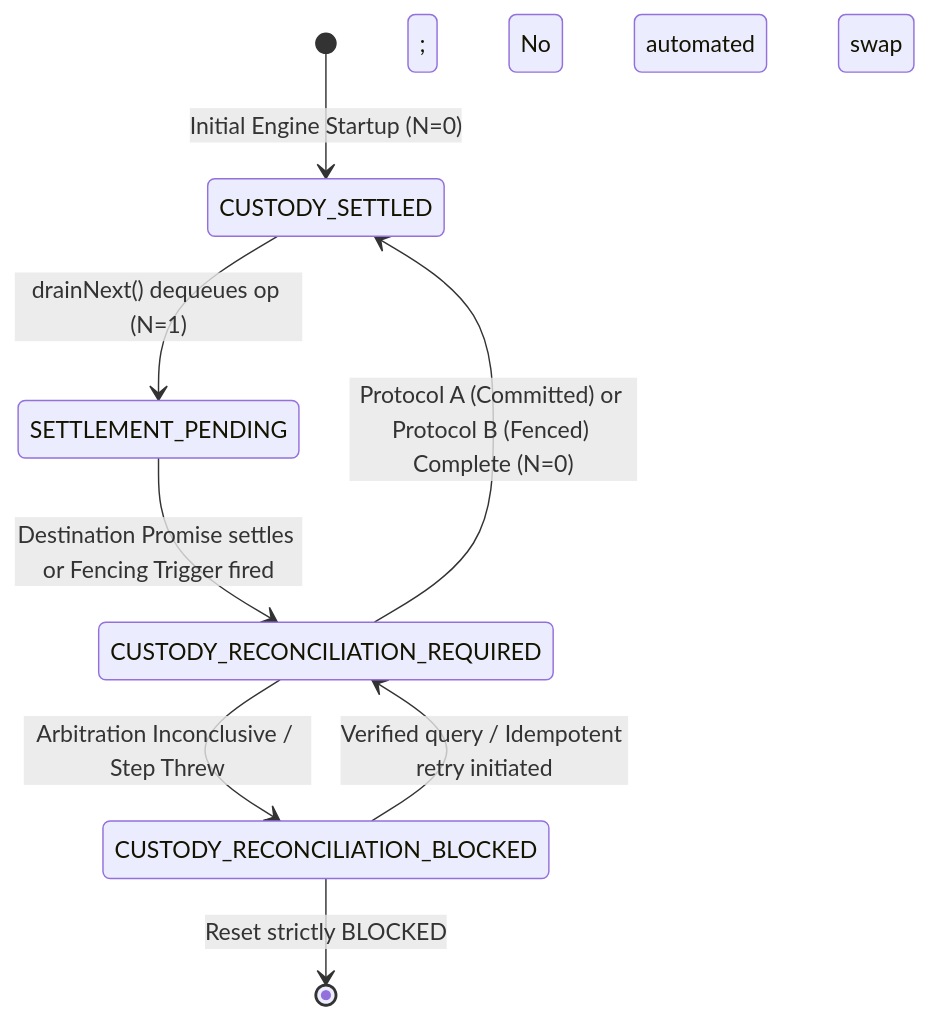
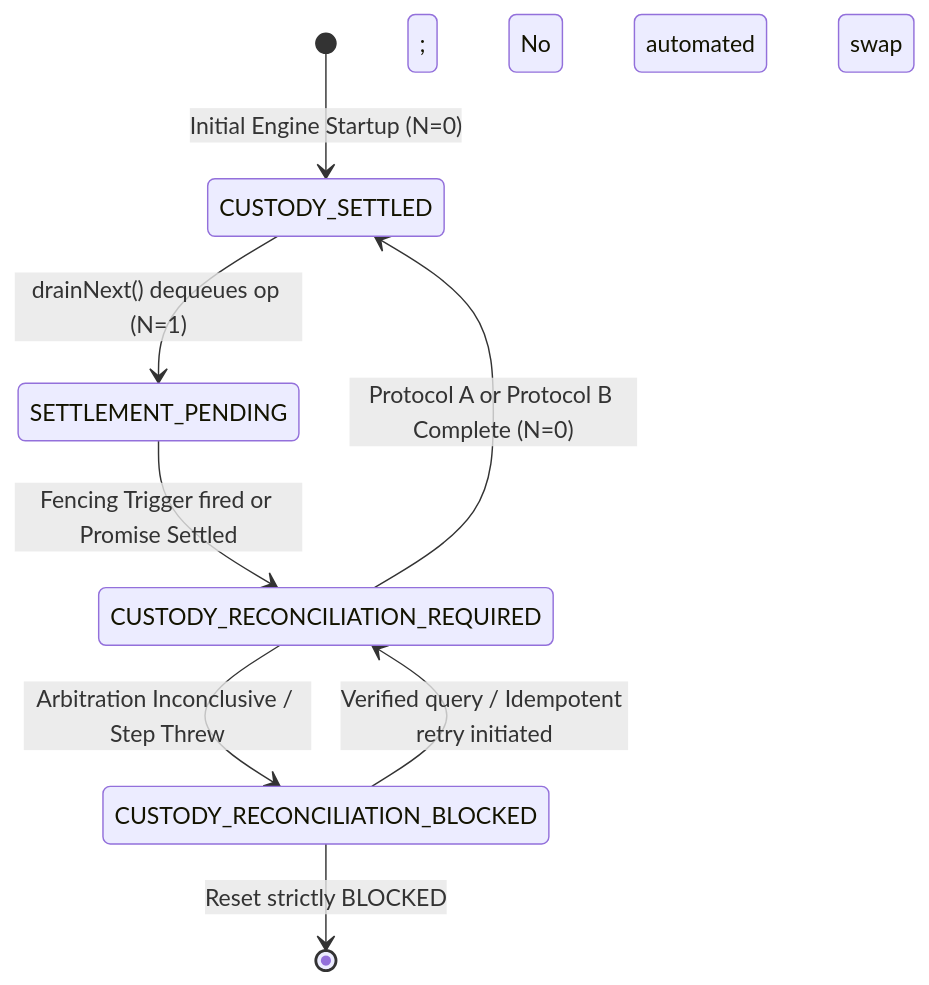
One commit to Tejdeepakchandra/SyncPlay_Protocol changed the diagram in docs/PHASE7_5_M5_0_R18_CONCURRENT_RECOVERY_ARBITRATION_DECISION.md. Above: the diagram before and after it, drawn with Mermaid. The commit also changed other lines of this file, not shown here.

Commit message:
docs(phase-7.5-m5.0): r18-r6 settlement barrier preservation, commit-path fencing and transaction lifecycle closure

````diff
--- a/docs/PHASE7_5_M5_0_R18_CONCURRENT_RECOVERY_ARBITRATION_DECISION.md
+++ b/docs/PHASE7_5_M5_0_R18_CONCURRENT_RECOVERY_ARBITRATION_DECISION.md
@@ -375,14 +458,14 @@
 ```mermaid
 stateDiagram-v2
     [*] --> CUSTODY_SETTLED: Initial Engine Startup (N=0)
 
     CUSTODY_SETTLED --> SETTLEMENT_PENDING: drainNext() dequeues op (N=1)
 
-    SETTLEMENT_PENDING --> CUSTODY_RECONCILIATION_REQUIRED: Destination Promise settles or Fencing Trigger fired
+    SETTLEMENT_PENDING --> CUSTODY_RECONCILIATION_REQUIRED: Fencing Trigger fired or Promise Settled
 
-    CUSTODY_RECONCILIATION_REQUIRED --> CUSTODY_SETTLED: Protocol A (Committed) or Protocol B (Fenced) Complete (N=0)
+    CUSTODY_RECONCILIATION_REQUIRED --> CUSTODY_SETTLED: Protocol A or Protocol B Complete (N=0)
     CUSTODY_RECONCILIATION_REQUIRED --> CUSTODY_RECONCILIATION_BLOCKED: Arbitration Inconclusive / Step Threw
 
     CUSTODY_RECONCILIATION_BLOCKED --> CUSTODY_RECONCILIATION_REQUIRED: Verified query / Idempotent retry initiated
     CUSTODY_RECONCILIATION_BLOCKED --> [*]: Reset strictly BLOCKED; No automated root swap
 ```
````
